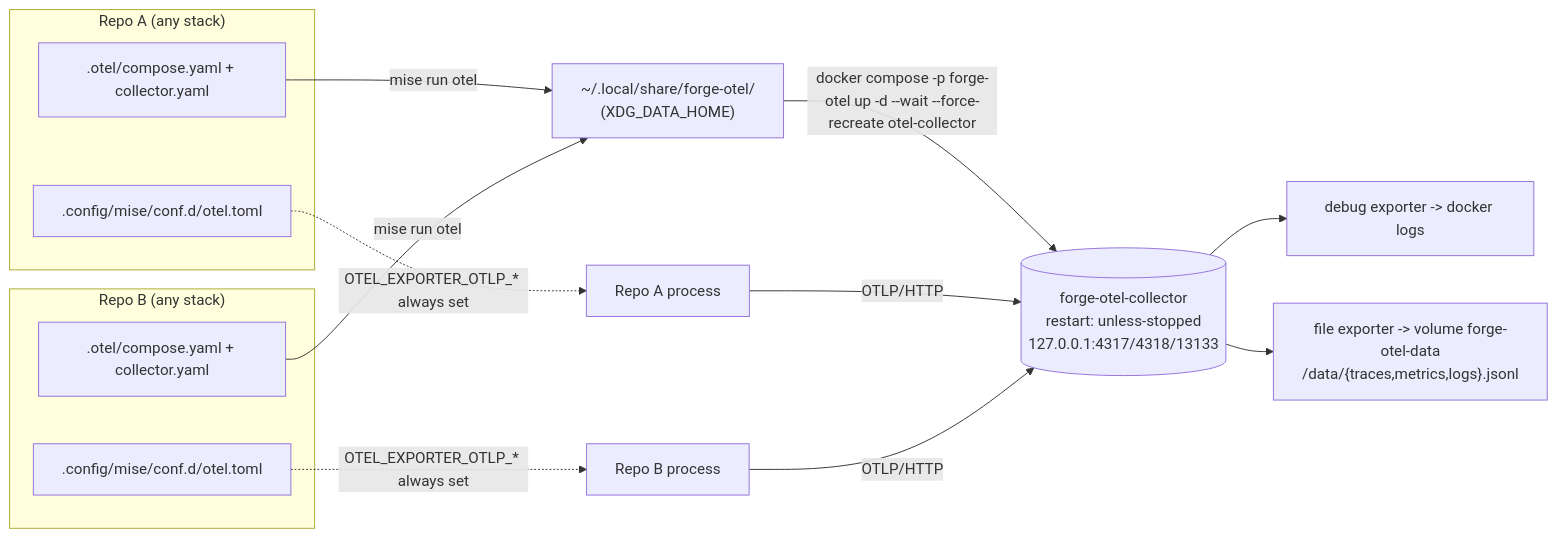
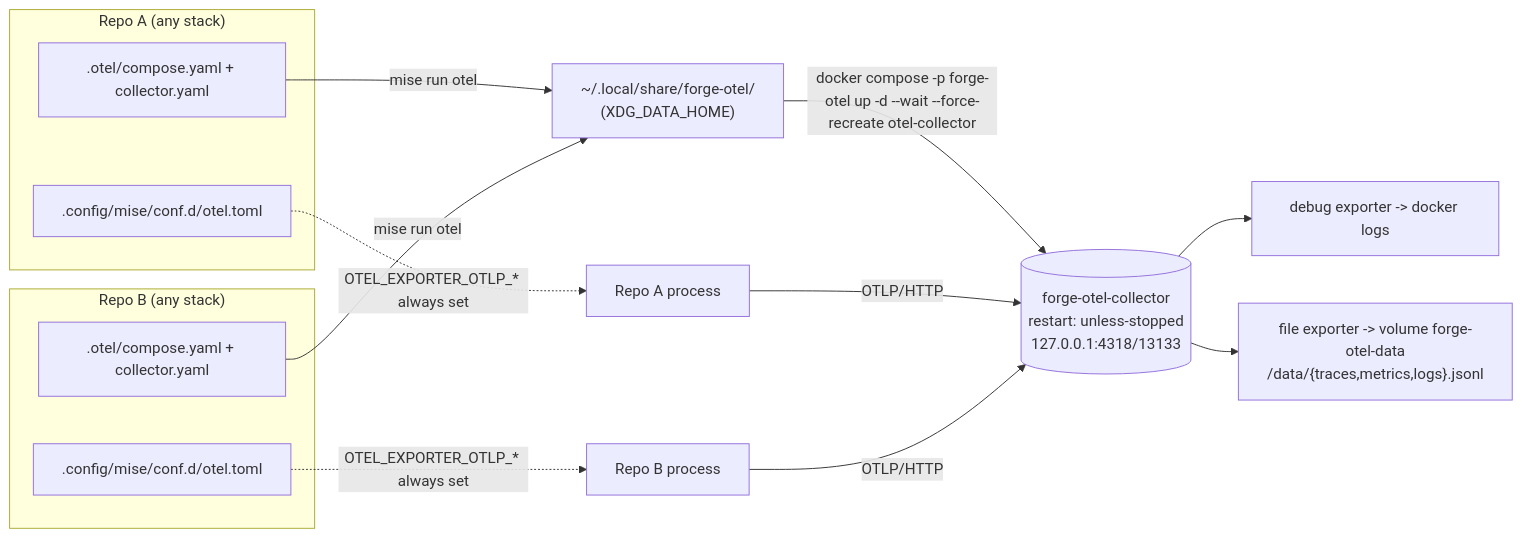
One commit to AvogadroSG1/forge changed the diagram in docs/adr/0021-system-wide-otel-collector-via-mise.md. Above: the diagram before and after it, drawn with Mermaid. The commit also changed other lines of this file and 11 other files, not shown here.

````diff
--- a/docs/adr/0021-system-wide-otel-collector-via-mise.md
+++ b/docs/adr/0021-system-wide-otel-collector-via-mise.md
@@ -94,20 +112,20 @@
 ```mermaid
 flowchart LR
     subgraph RepoA["Repo A (any stack)"]
       EA[".config/mise/conf.d/otel.toml"]
       OA[".otel/compose.yaml + collector.yaml"]
     end
     subgraph RepoB["Repo B (any stack)"]
       EB[".config/mise/conf.d/otel.toml"]
       OB[".otel/compose.yaml + collector.yaml"]
     end
     OA -- "mise run otel" --> SD["~/.local/share/forge-otel/<br/>(XDG_DATA_HOME)"]
     OB -- "mise run otel" --> SD
-    SD -- "docker compose -p forge-otel up -d --wait --force-recreate otel-collector" --> C[("forge-otel-collector<br/>restart: unless-stopped<br/>127.0.0.1:4317/4318/13133")]
+    SD -- "docker compose -p forge-otel up -d --wait --force-recreate otel-collector" --> C[("forge-otel-collector<br/>restart: unless-stopped<br/>127.0.0.1:4318/13133")]
     EA -. "OTEL_EXPORTER_OTLP_* always set" .-> AppA["Repo A process"]
     EB -. "OTEL_EXPORTER_OTLP_* always set" .-> AppB["Repo B process"]
     AppA -- OTLP/HTTP --> C
     AppB -- OTLP/HTTP --> C
     C --> Debug["debug exporter -> docker logs"]
     C --> File["file exporter -> volume forge-otel-data<br/>/data/{traces,metrics,logs}.jsonl"]
 ```
````
